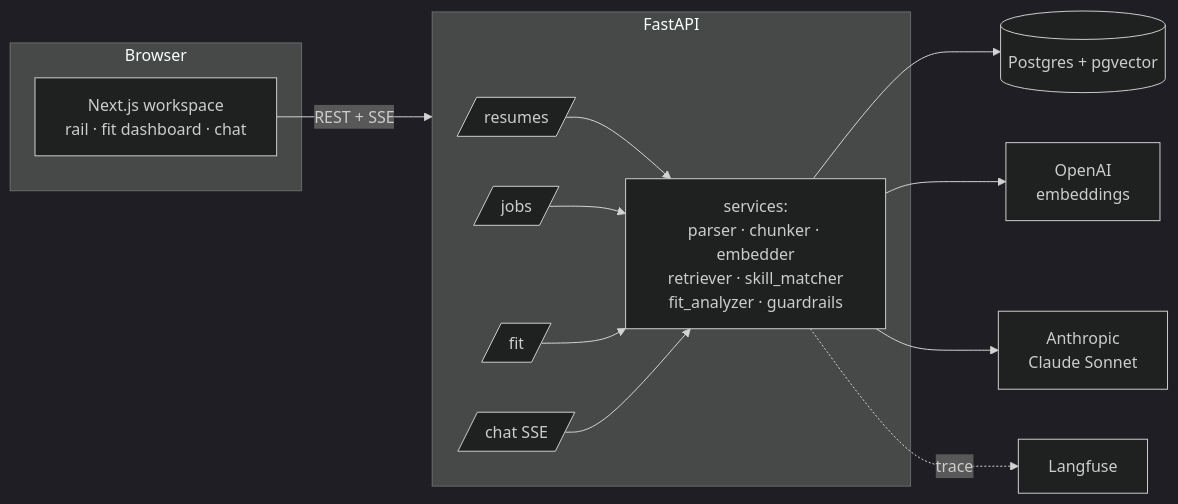
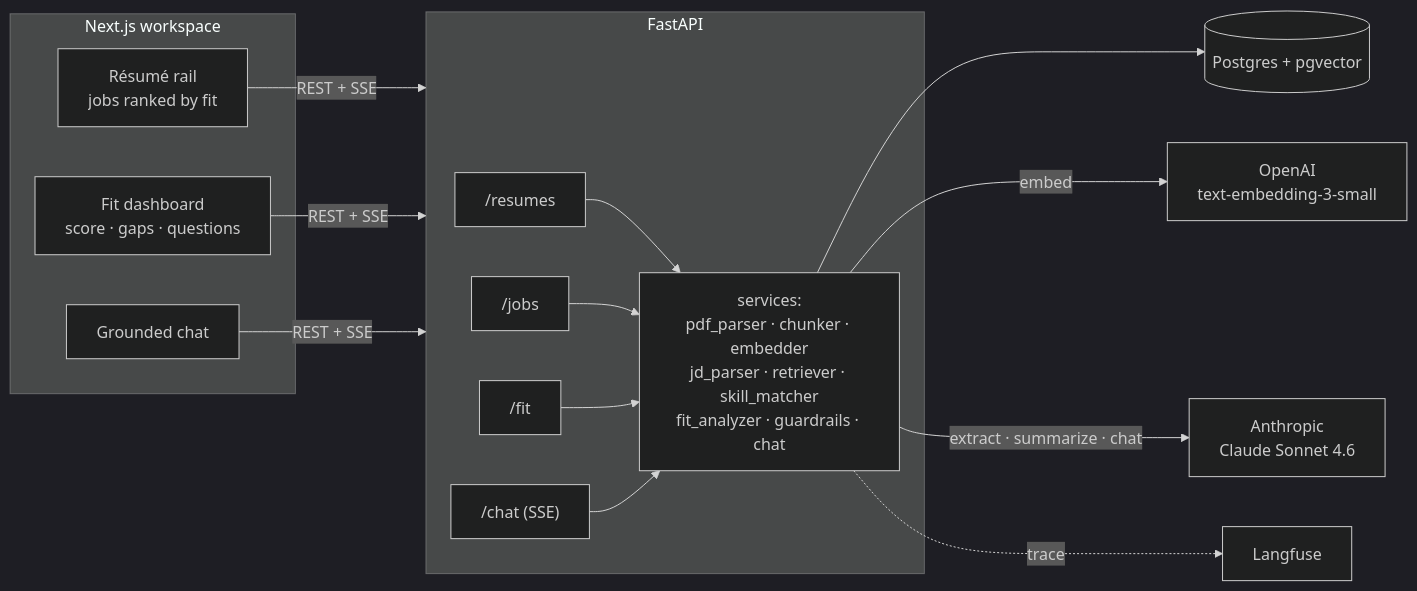
The diagram in README.md (Pegiadis/career-intel), drawn with Mermaid (dark theme) before and after one commit. The commit also changed other lines of this file, not shown here.

Commit message:
Expand README with full architecture, pipeline, and API reference

````diff
--- a/README.md
+++ b/README.md
@@ -49,24 +90,28 @@
 ```mermaid
 flowchart LR
-    subgraph Browser
-        UI[Next.js workspace<br/>rail · fit dashboard · chat]
+    subgraph Browser["Next.js workspace"]
+        RAIL[Résumé rail<br/>jobs ranked by fit]
+        DASH[Fit dashboard<br/>score · gaps · questions]
+        CHAT[Grounded chat]
     end
-    subgraph API[FastAPI]
-        R[/resumes/]
-        J[/jobs/]
-        F[/fit/]
-        C[/chat SSE/]
-        SVC[services:<br/>parser · chunker · embedder<br/>retriever · skill_matcher<br/>fit_analyzer · guardrails]
+
+    subgraph API["FastAPI"]
+        R["/resumes"]
+        J["/jobs"]
+        F["/fit"]
+        C["/chat (SSE)"]
+        SVC["services:<br/>pdf_parser · chunker · embedder<br/>jd_parser · retriever · skill_matcher<br/>fit_analyzer · guardrails · chat"]
     end
-    DB[(Postgres + pgvector)]
-    OAI[OpenAI<br/>embeddings]
-    ANT[Anthropic<br/>Claude Sonnet]
-    LF[Langfuse]
 
-    UI -->|REST + SSE| API
+    DB[("Postgres + pgvector")]
+    OAI["OpenAI<br/>text-embedding-3-small"]
+    ANT["Anthropic<br/>Claude Sonnet 4.6"]
+    LF["Langfuse"]
+
+    RAIL & DASH & CHAT -->|REST + SSE| API
     R & J & F & C --> SVC
     SVC --> DB
-    SVC --> OAI
-    SVC --> ANT
+    SVC -->|embed| OAI
+    SVC -->|extract · summarize · chat| ANT
     SVC -.trace.-> LF
 ```
````
